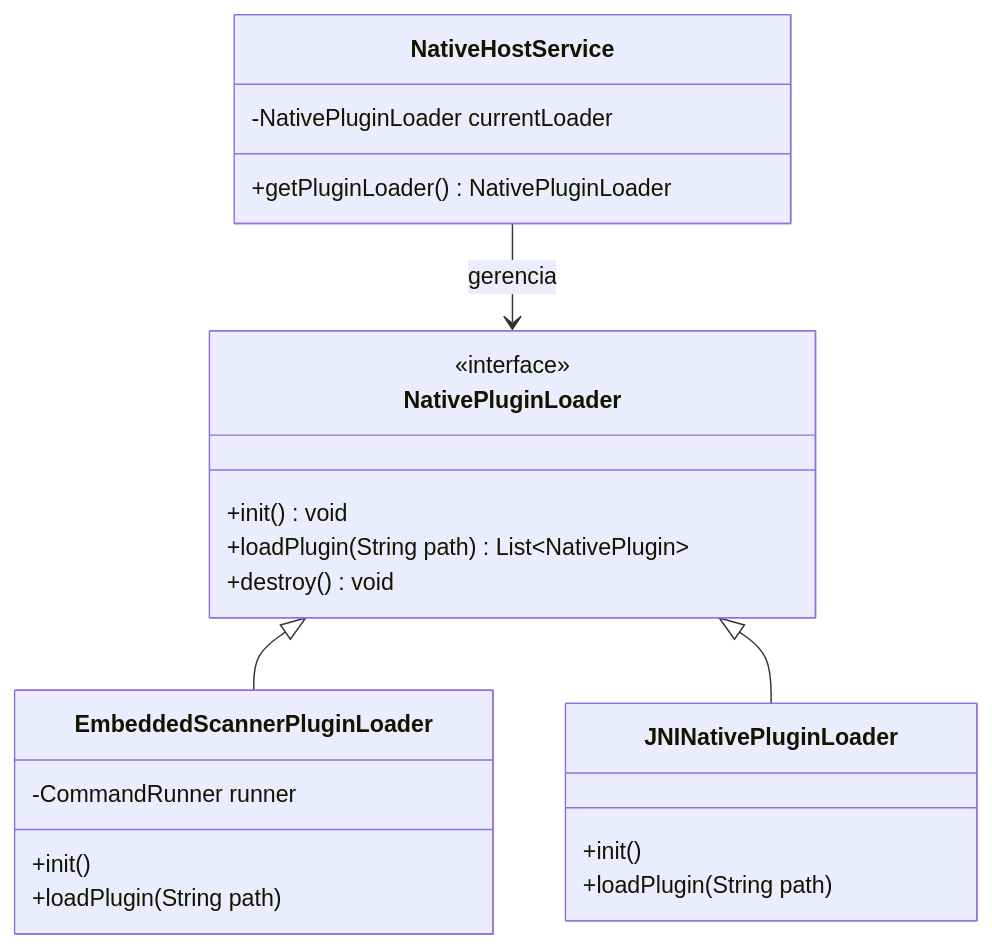
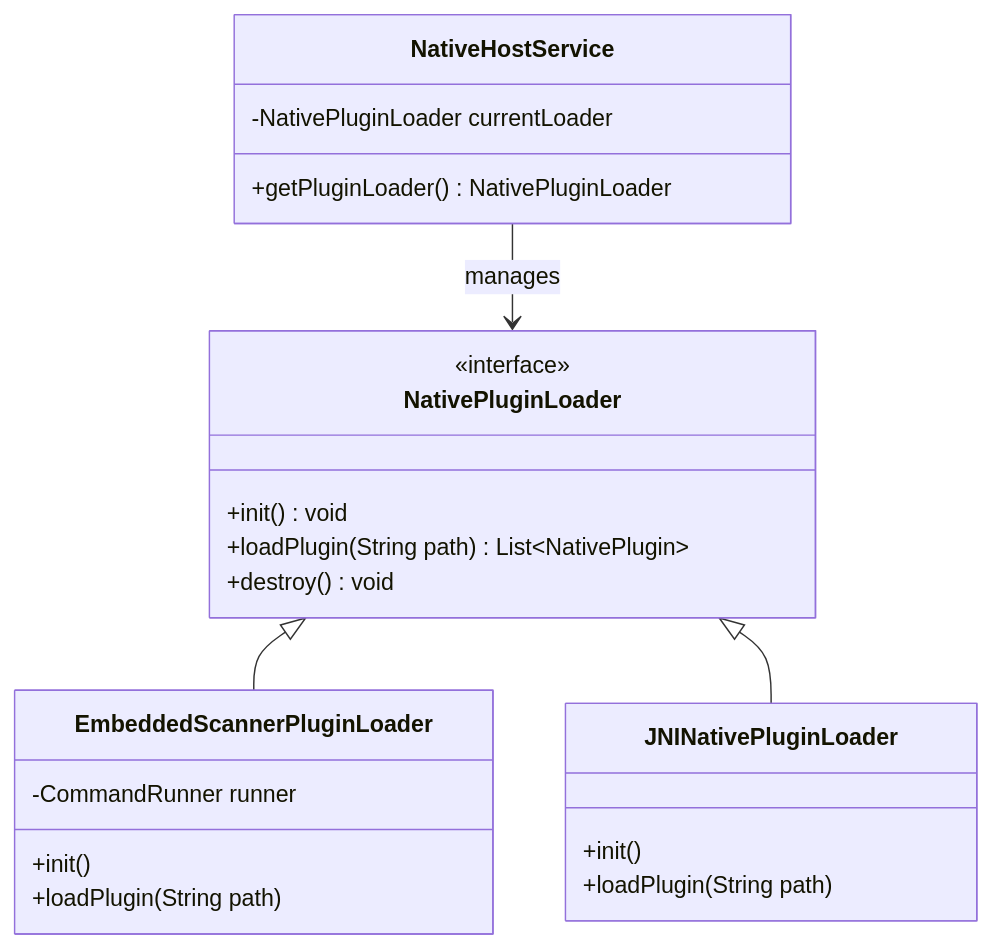
Before and after one commit to daniel-chiuratto-seabra/OwlPlug: the fourth of 15 diagrams in docs/full-forensic-technical-documentation.md, drawn with Mermaid. The commit also changed other lines of this file, not shown here.

````diff
--- a/docs/full-forensic-technical-documentation.md
+++ b/docs/full-forensic-technical-documentation.md
@@ -135,30 +135,30 @@
 ```mermaid
 classDiagram
     class NativePluginLoader {
         <<interface>>
         +init() void
         +loadPlugin(String path) List~NativePlugin~
         +destroy() void
     }
 
     class EmbeddedScannerPluginLoader {
         -CommandRunner runner
         +init()
         +loadPlugin(String path)
     }
 
     class JNINativePluginLoader {
         +init()
         +loadPlugin(String path)
     }
 
     NativePluginLoader <|-- EmbeddedScannerPluginLoader
     NativePluginLoader <|-- JNINativePluginLoader
 
     class NativeHostService {
         -NativePluginLoader currentLoader
         +getPluginLoader() NativePluginLoader
     }
 
-    NativeHostService --> NativePluginLoader : gerencia
+    NativeHostService --> NativePluginLoader : manages
 ```
````
